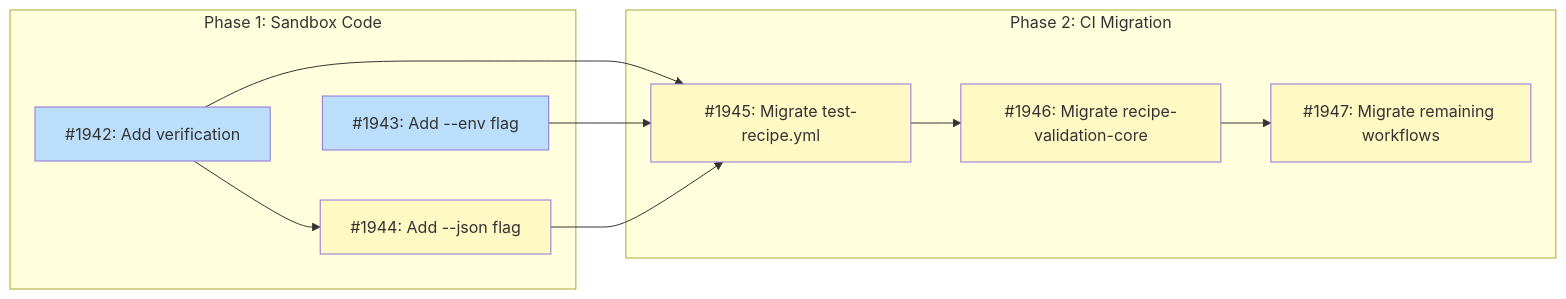
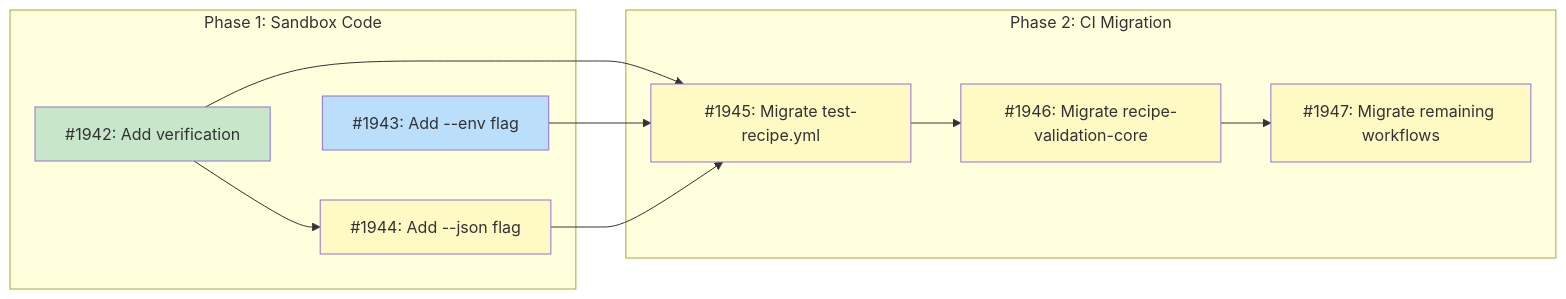
One commit to tsukumogami/tsuku changed the diagram in docs/designs/DESIGN-sandbox-ci-integration.md. Above: the diagram before and after it, drawn with Mermaid. The commit also changed other lines of this file and 6 other files, not shown here.

````diff
--- a/docs/designs/DESIGN-sandbox-ci-integration.md
+++ b/docs/designs/DESIGN-sandbox-ci-integration.md
@@ -59,30 +59,31 @@
 ```mermaid
 graph LR
     subgraph Phase1["Phase 1: Sandbox Code"]
         I1942["#1942: Add verification"]
         I1943["#1943: Add --env flag"]
         I1944["#1944: Add --json flag"]
     end
 
     subgraph Phase2["Phase 2: CI Migration"]
         I1945["#1945: Migrate test-recipe.yml"]
         I1946["#1946: Migrate recipe-validation-core"]
         I1947["#1947: Migrate remaining workflows"]
     end
 
     I1942 --> I1944
     I1942 --> I1945
     I1943 --> I1945
     I1944 --> I1945
     I1945 --> I1946
     I1946 --> I1947
 
     classDef done fill:#c8e6c9
     classDef ready fill:#bbdefb
     classDef blocked fill:#fff9c4
     classDef needsDesign fill:#e1bee7
     classDef tracksDesign fill:#FFE0B2,stroke:#F57C00,color:#000
 
-    class I1942,I1943 ready
+    class I1942 done
+    class I1943 ready
     class I1944,I1945,I1946,I1947 blocked
 ```
````
